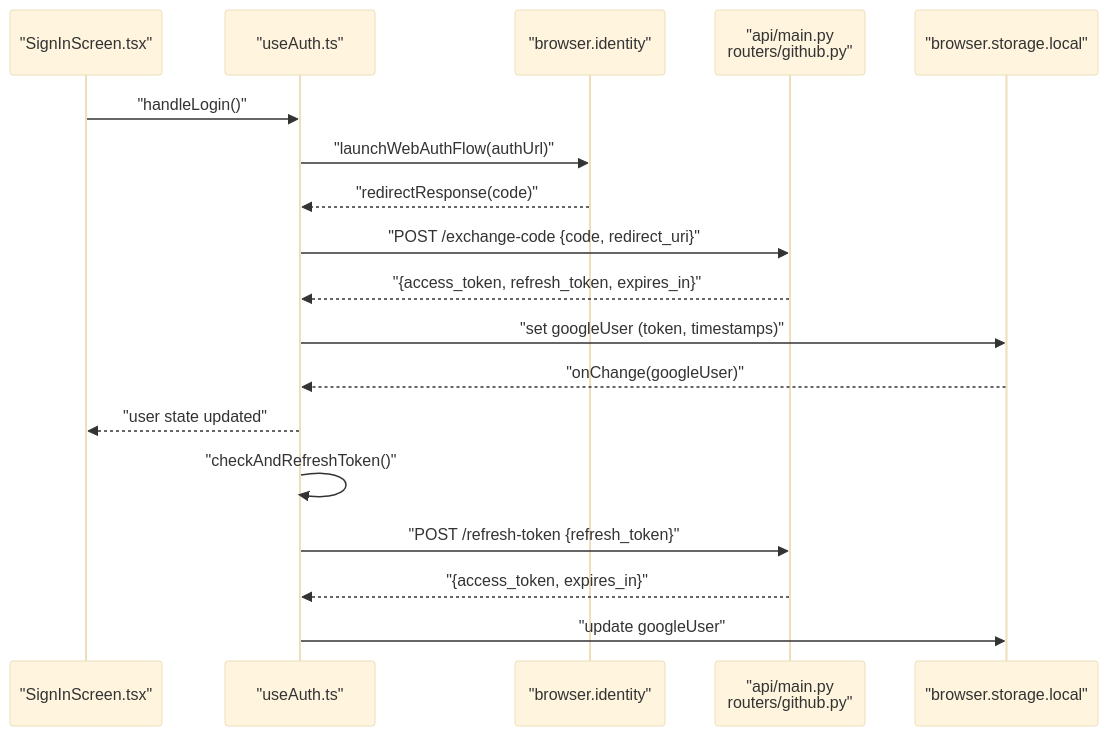
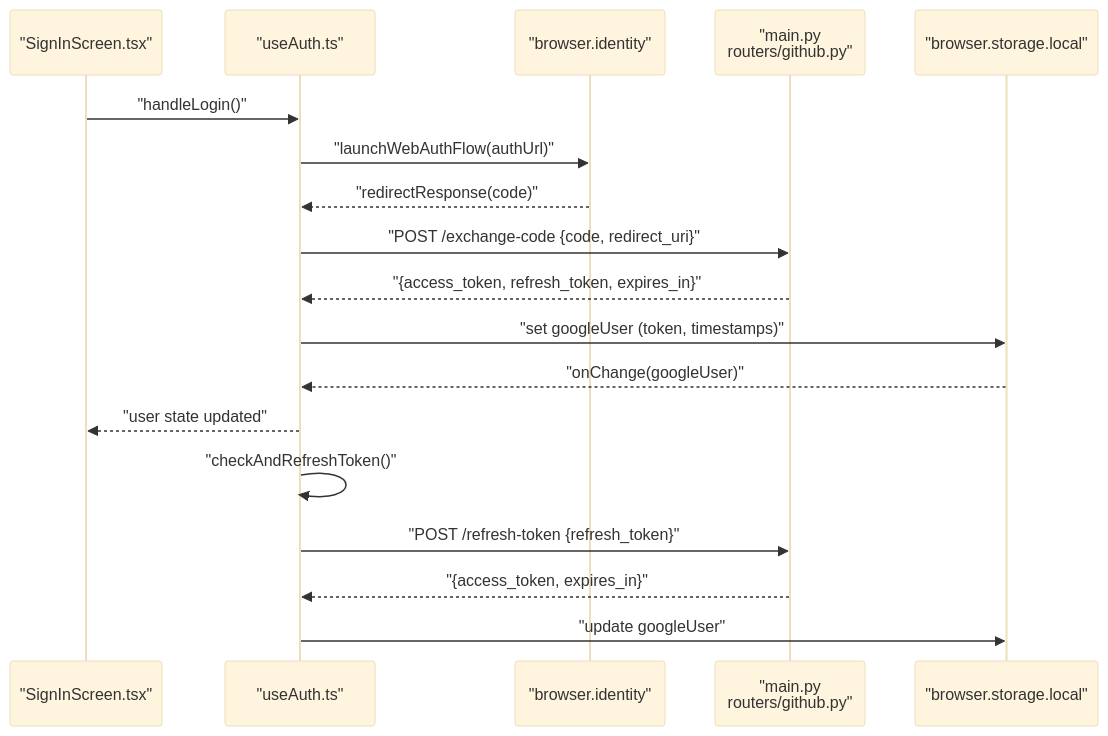
The second of 7 diagrams in src/data/docs/agentic-browser/Browser Extension/Authentication System.md (tashifkhan/tashif.codes), drawn with Mermaid (base theme) before and after one commit. The commit also changed other lines of this file and 2128 other files, not shown here.

First line of the commit message:
docs: replace raster diagram images with native Mermaid across project guides

````diff
--- a/src/data/docs/agentic-browser/Browser Extension/Authentication System.md
+++ b/src/data/docs/agentic-browser/Browser Extension/Authentication System.md
@@ -63,20 +57,20 @@
 ```mermaid
 sequenceDiagram
 participant UI as "SignInScreen.tsx"
 participant Hook as "useAuth.ts"
 participant Browser as "browser.identity"
-participant Backend as "api/main.py<br/>routers/github.py"
+participant Backend as "main.py<br/>routers/github.py"
 participant Store as "browser.storage.local"
 UI->>Hook : "handleLogin()"
 Hook->>Browser : "launchWebAuthFlow(authUrl)"
 Browser-->>Hook : "redirectResponse(code)"
 Hook->>Backend : "POST /exchange-code {code, redirect_uri}"
 Backend-->>Hook : "{access_token, refresh_token, expires_in}"
 Hook->>Store : "set googleUser (token, timestamps)"
 Store-->>Hook : "onChange(googleUser)"
 Hook-->>UI : "user state updated"
 Hook->>Hook : "checkAndRefreshToken()"
 Hook->>Backend : "POST /refresh-token {refresh_token}"
 Backend-->>Hook : "{access_token, expires_in}"
 Hook->>Store : "update googleUser"
 ```
````
